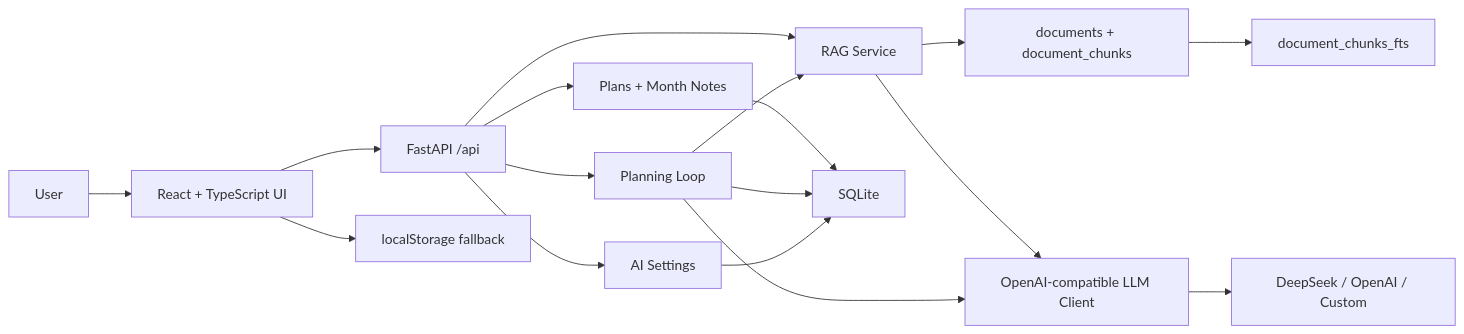
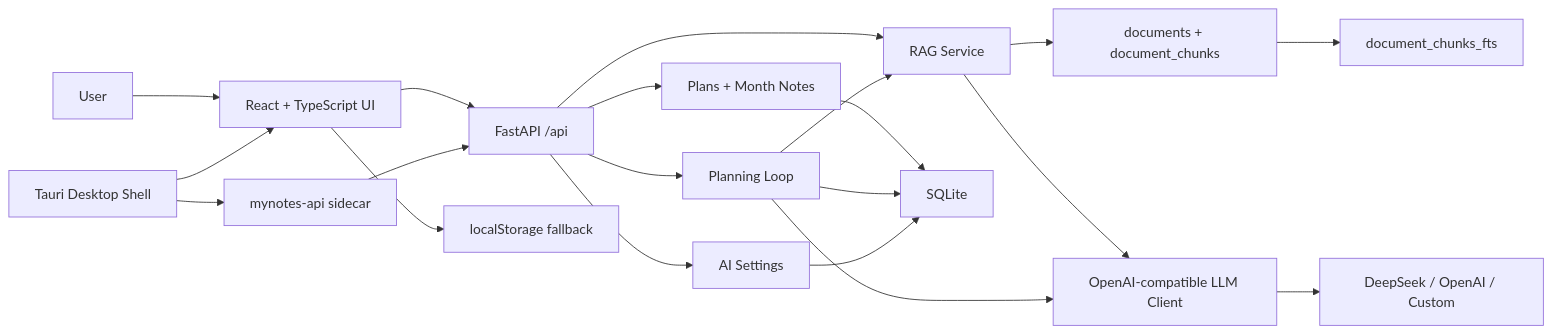
Before and after one commit to ab2956955606-cmyk/Planix: the diagram in README.md, drawn with Mermaid. The commit also changed other lines of this file and 19 other files, not shown here.

Commit message:
feat: prepare desktop sidecar packaging

````diff
--- a/README.md
+++ b/README.md
@@ -69,19 +72,22 @@
 ```mermaid
 flowchart LR
   U["User"] --> FE["React + TypeScript UI"]
+  DESK["Tauri Desktop Shell"] --> FE
   FE --> API["FastAPI /api"]
   FE --> LS["localStorage fallback"]
   API --> PLAN["Plans + Month Notes"]
   API --> LOOP["Planning Loop"]
   API --> RAG["RAG Service"]
   API --> SET["AI Settings"]
   PLAN --> DB["SQLite"]
   LOOP --> DB
   SET --> DB
   RAG --> DOC["documents + document_chunks"]
   DOC --> FTS["document_chunks_fts"]
   LOOP --> RAG
   RAG --> LLM["OpenAI-compatible LLM Client"]
   LOOP --> LLM
   LLM --> PROVIDER["DeepSeek / OpenAI / Custom"]
+  DESK --> SIDE["mynotes-api sidecar"]
+  SIDE --> API
 ```
````
